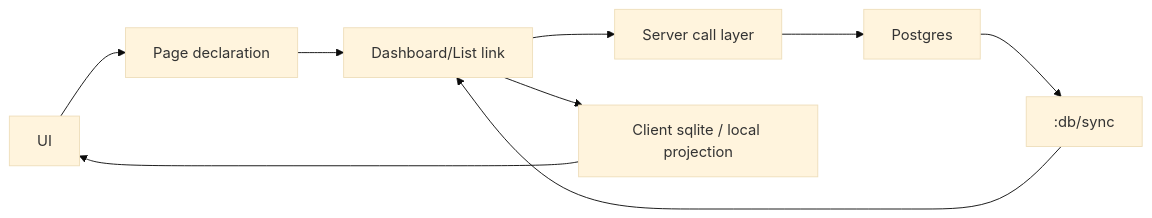
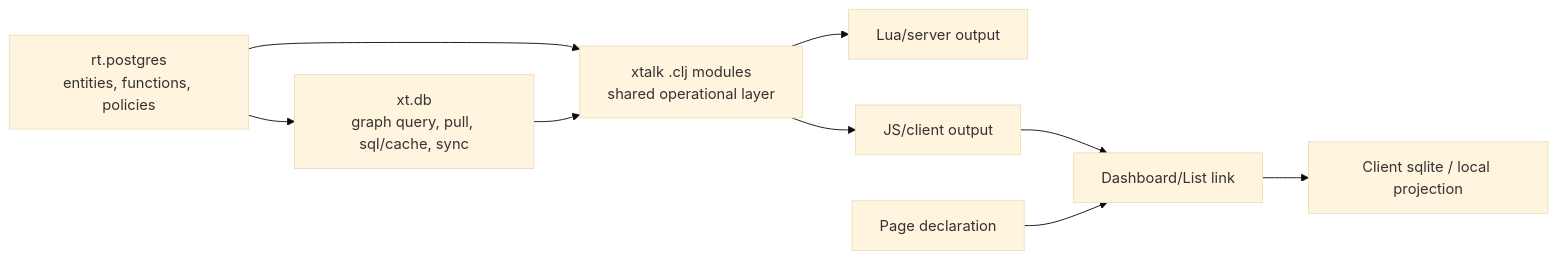
One commit to zcaudate-xyz/foundation-base changed the diagram in docs/pg_sync_architecture_plan.md. Above: the diagram before and after it, drawn with Mermaid (base theme). The commit also changed other lines of this file and 3 other files, not shown here.

````diff
--- a/docs/pg_sync_architecture_plan.md
+++ b/docs/pg_sync_architecture_plan.md
@@ -114,11 +140,20 @@
 ```mermaid
 flowchart LR
-  UI["UI"] --> PAGE["Page declaration"]
-  PAGE --> LINK["Dashboard/List link"]
-  LINK --> CALL["Server call layer"]
-  CALL --> DB["Postgres"]
-  DB --> SYNC[":db/sync"]
-  SYNC --> LINK
-  LINK --> PROJ["Client sqlite / local projection"]
-  PROJ --> UI
+  PG["rt.postgres<br/>entities, functions, policies"]
+  XDB["xt.db<br/>graph query, pull, sql/cache, sync"]
+  XT["xtalk .clj modules<br/>shared operational layer"]
+  LUA["Lua/server output"]
+  JS["JS/client output"]
+  PAGE["Page declaration"]
+  LINK["Dashboard/List link"]
+  PROJ["Client sqlite / local projection"]
+
+  PG --> XDB
+  PG --> XT
+  XDB --> XT
+  XT --> LUA
+  XT --> JS
+  JS --> LINK
+  PAGE --> LINK
+  LINK --> PROJ
 ```
````
